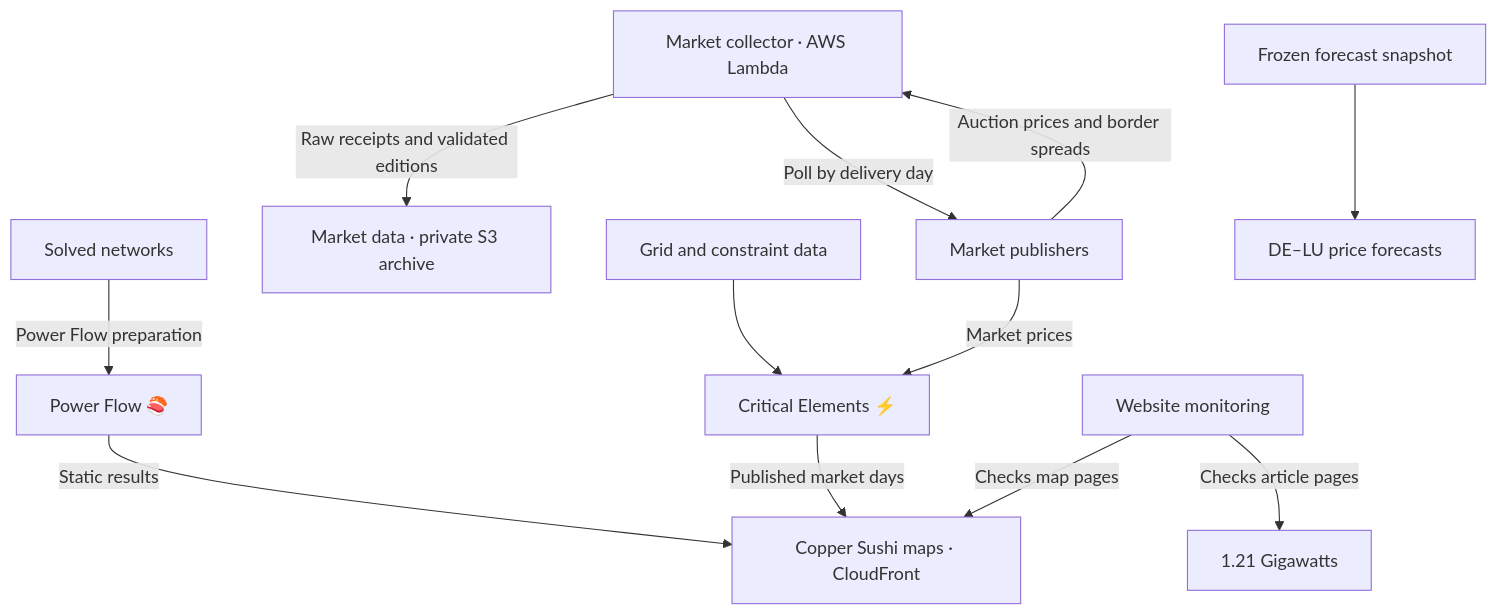
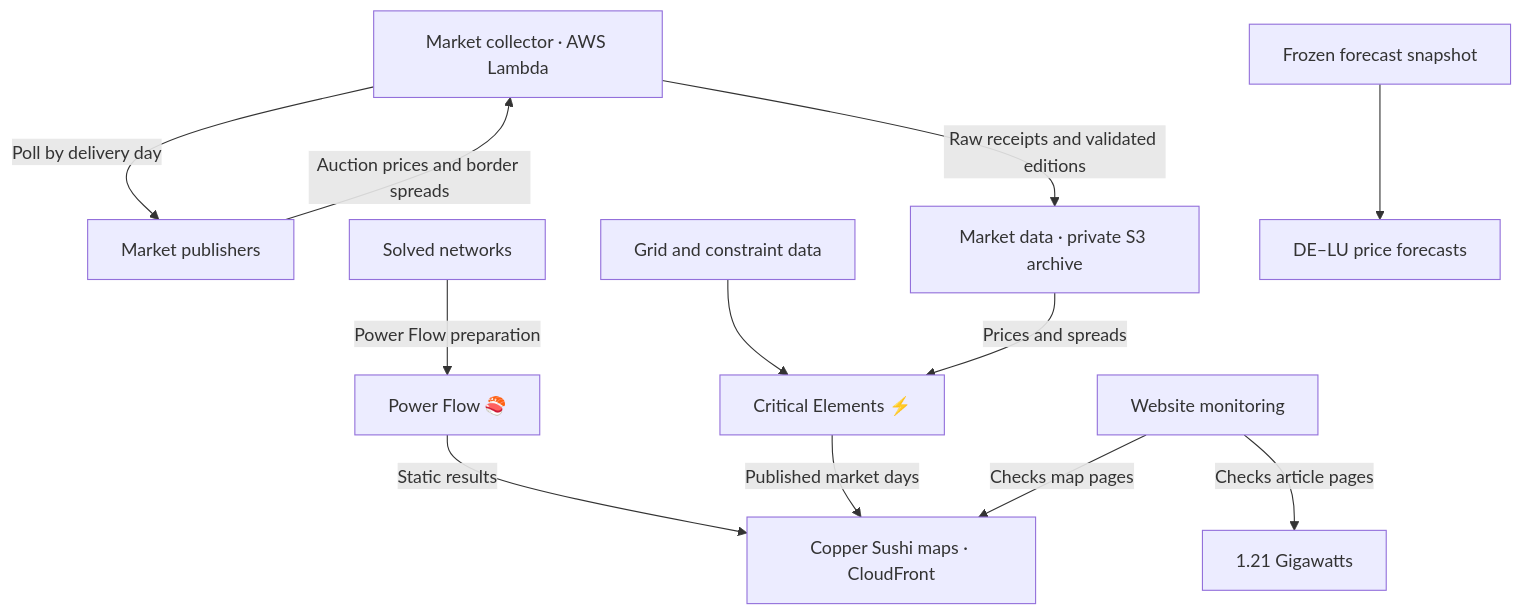
One commit to zoltanmaric/coppersushi changed the diagram in README.md. Above: the diagram before and after it, drawn with Mermaid. The commit also changed other lines of this file and 20 other files, not shown here.

First line of the commit message:
Publish Critical Elements from cutoff-matched market prices (#341)

````diff
--- a/README.md
+++ b/README.md
@@ -46,21 +46,21 @@
 ```mermaid
 flowchart TB
     collector["Market collector · AWS Lambda"] -->|Poll by delivery day| publishers["Market publishers"]
     publishers -->|Auction prices and border spreads| collector
     collector -->|Raw receipts and validated editions| shared["Market data · private S3 archive"]
     grid["Grid and constraint data"] --> critical["Critical Elements ⚡️"]
     networks["Solved networks"] -->|Power Flow preparation| power["Power Flow 🍣"]
     power -->|Static results| maps["Copper Sushi maps · CloudFront"]
     critical -->|Published market days| maps
     monitor["Website monitoring"] -->|Checks map pages| maps
     monitor -->|Checks article pages| blog["1.21 Gigawatts"]
-    publishers -->|Market prices| critical
+    shared -->|Prices and spreads| critical
     snapshot["Frozen forecast snapshot"] --> forecast["DE–LU price forecasts"]
     click shared "https://github.com/zoltanmaric/coppersushi/blob/main/coppersushi/pipelines/market_data/README.md"
     click critical "https://github.com/zoltanmaric/coppersushi/blob/main/coppersushi/pipelines/cnec/README.md"
     click power "https://github.com/zoltanmaric/coppersushi/blob/main/coppersushi/pipelines/powerflow/README.md"
     click monitor "https://github.com/zoltanmaric/coppersushi/blob/main/monitoring/README.md"
     click blog "https://github.com/zoltanmaric/coppersushi/blob/main/121gigawatts/hosting/README.md"
     click forecast "https://github.com/zoltanmaric/coppersushi/blob/main/forecasts/README.md"
     click maps "https://github.com/zoltanmaric/coppersushi/blob/main/coppersushi/frontend/README.md"
 ```
````
